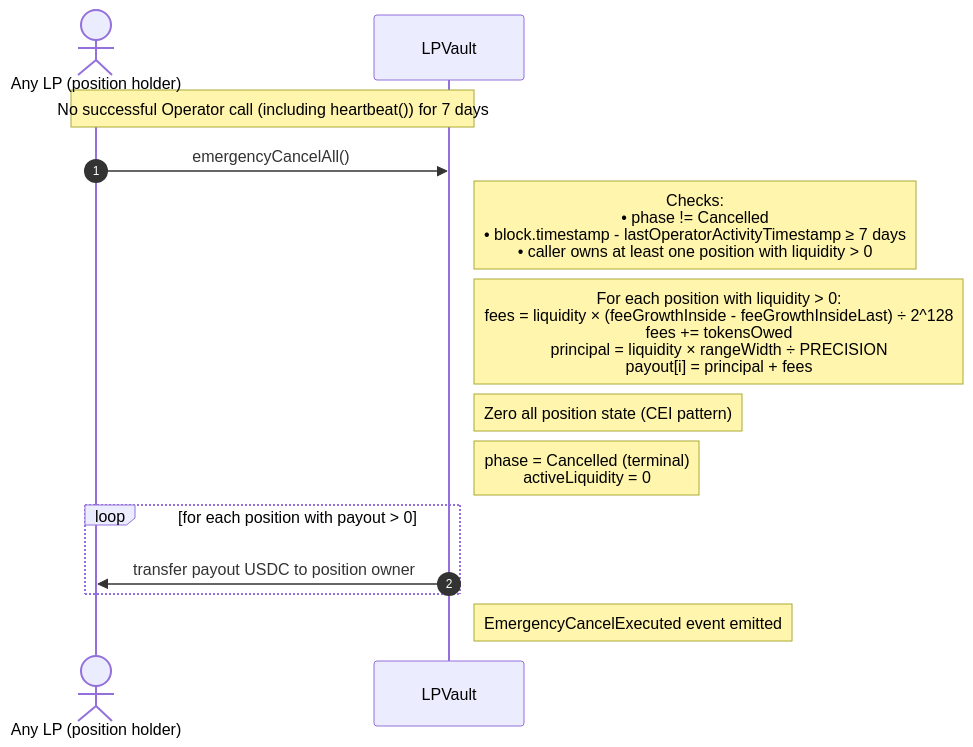
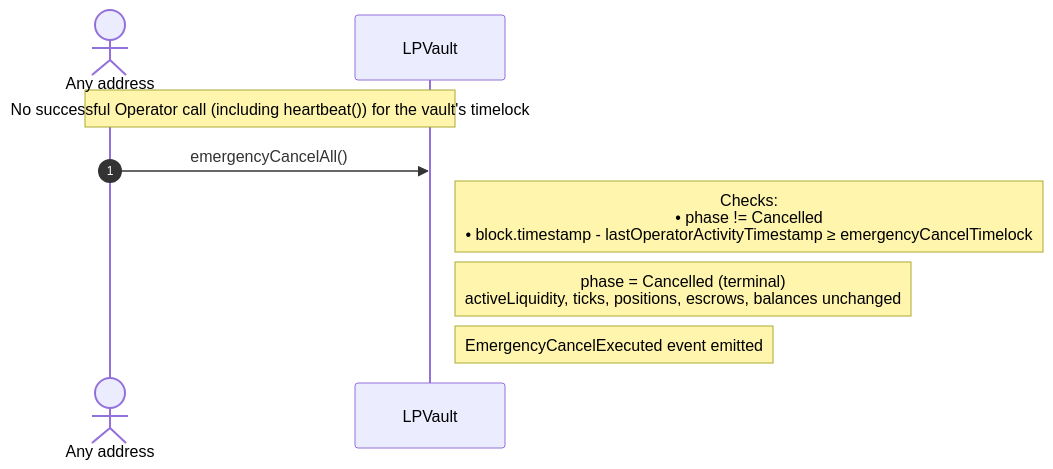
Before and after one commit to ProphetMarket/lp-vaults: diagram 11 of 15 in FLOWS.md, drawn with Mermaid. The commit also changed other lines of this file and 4 other files, not shown here.

````diff
--- a/FLOWS.md
+++ b/FLOWS.md
@@ -371,21 +371,13 @@
 ```mermaid
 sequenceDiagram
     autonumber
-    actor LP as Any LP (position holder)
+    actor Anyone as Any address
     participant Vault as LPVault
 
-    Note over LP,Vault: No successful Operator call (including heartbeat()) for 7 days
+    Note over Anyone,Vault: No successful Operator call (including heartbeat()) for the vault's timelock
 
-    LP->>Vault: emergencyCancelAll()
-    Note right of Vault: Checks:<br/>• phase != Cancelled<br/>• block.timestamp - lastOperatorActivityTimestamp ≥ 7 days<br/>• caller owns at least one position with liquidity > 0
-
-    Note right of Vault: For each position with liquidity > 0:<br/>  fees = liquidity × (feeGrowthInside - feeGrowthInsideLast) ÷ 2^128<br/>  fees += tokensOwed<br/>  principal = liquidity × rangeWidth ÷ PRECISION<br/>  payout[i] = principal + fees
-    Note right of Vault: Zero all position state (CEI pattern)
-    Note right of Vault: phase = Cancelled (terminal)<br/>activeLiquidity = 0
-
-    loop for each position with payout > 0
-        Vault->>LP: transfer payout USDC to position owner
-    end
-
+    Anyone->>Vault: emergencyCancelAll()
+    Note right of Vault: Checks:<br/>• phase != Cancelled<br/>• block.timestamp - lastOperatorActivityTimestamp ≥ emergencyCancelTimelock
+    Note right of Vault: phase = Cancelled (terminal)<br/>activeLiquidity, ticks, positions, escrows, balances unchanged
     Note right of Vault: EmergencyCancelExecuted event emitted
 ```
````
